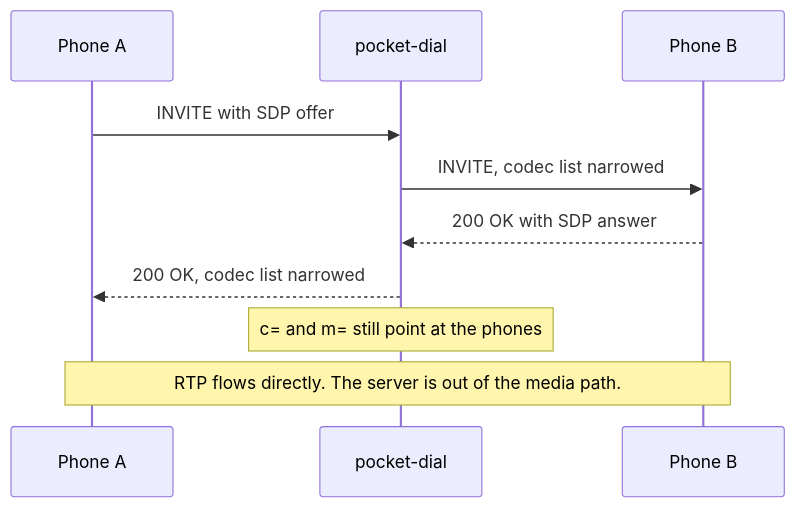
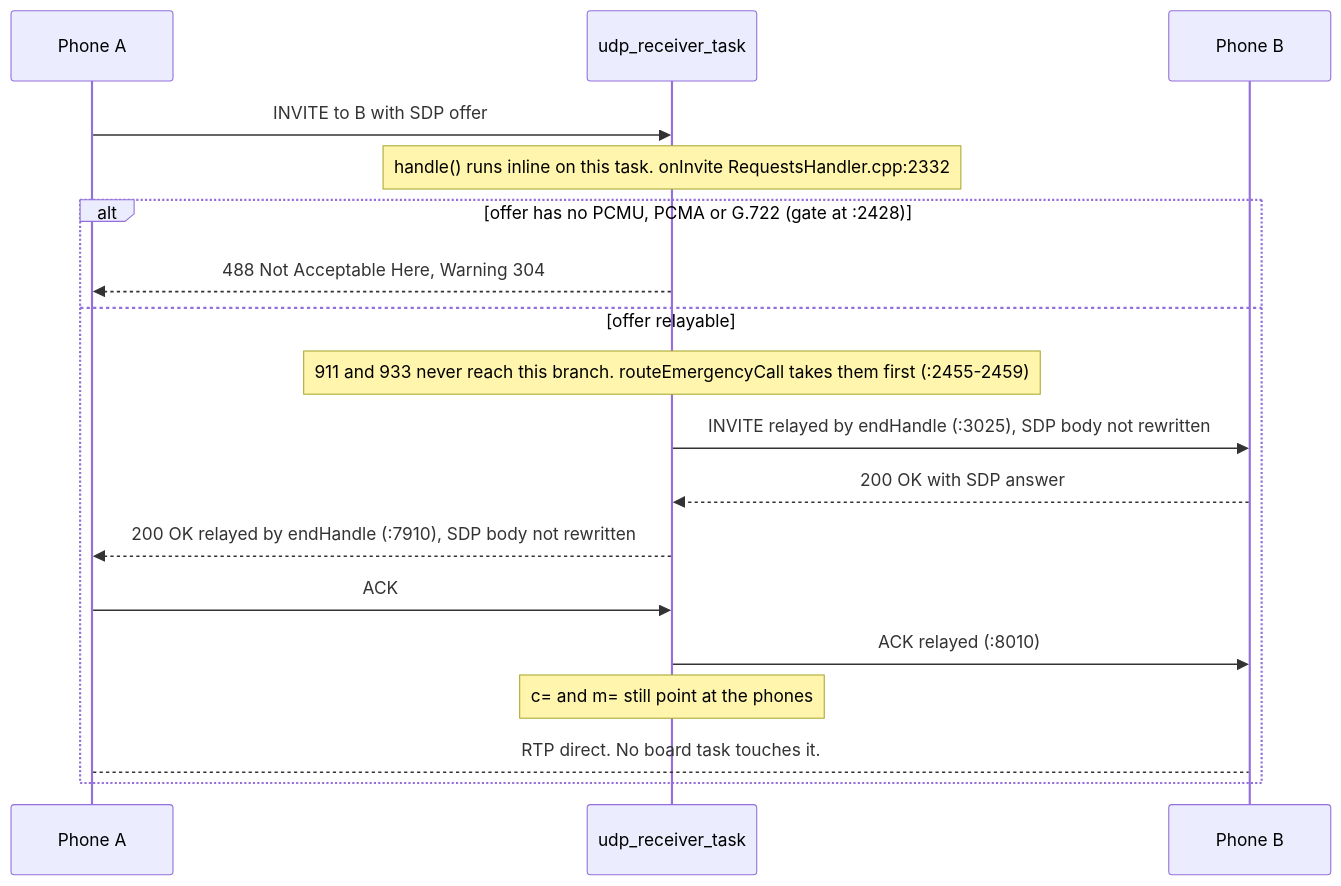
Before and after one commit to GlomarGadaffi/pocket-dial: the first of 3 diagrams in docs/RTP.md, drawn with Mermaid. The commit also changed other lines of this file and 5 other files, not shown here.

First line of the commit message:
docs: make the media, OTA and flashing diagrams match main

````diff
--- a/docs/RTP.md
+++ b/docs/RTP.md
@@ -90,12 +92,20 @@
 ```mermaid
 sequenceDiagram
     participant A as Phone A
-    participant S as pocket-dial
+    participant U as udp_receiver_task
     participant B as Phone B
-    A->>S: INVITE with SDP offer
-    S->>B: INVITE, codec list narrowed
-    B-->>S: 200 OK with SDP answer
-    S-->>A: 200 OK, codec list narrowed
-    Note over S: c= and m= still point at the phones
-    Note over A,B: RTP flows directly. The server is out of the media path.
+    A->>U: INVITE to B with SDP offer
+    Note over U: handle() runs inline on this task. onInvite RequestsHandler.cpp:2332
+    alt offer has no PCMU, PCMA or G.722 (gate at :2428)
+        U-->>A: 488 Not Acceptable Here, Warning 304
+    else offer relayable
+        Note over U: 911 and 933 never reach this branch. routeEmergencyCall takes them first (:2455-2459)
+        U->>B: INVITE relayed by endHandle (:3025), SDP body not rewritten
+        B-->>U: 200 OK with SDP answer
+        U-->>A: 200 OK relayed by endHandle (:7910), SDP body not rewritten
+        A->>U: ACK
+        U->>B: ACK relayed (:8010)
+        Note over U: c= and m= still point at the phones
+        A-->B: RTP direct. No board task touches it.
+    end
 ```
````
